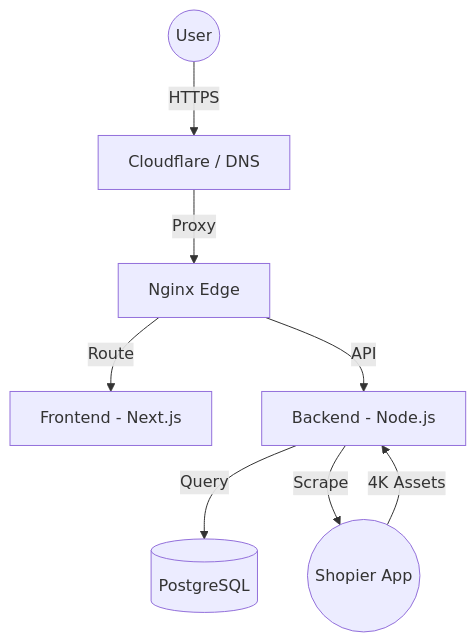
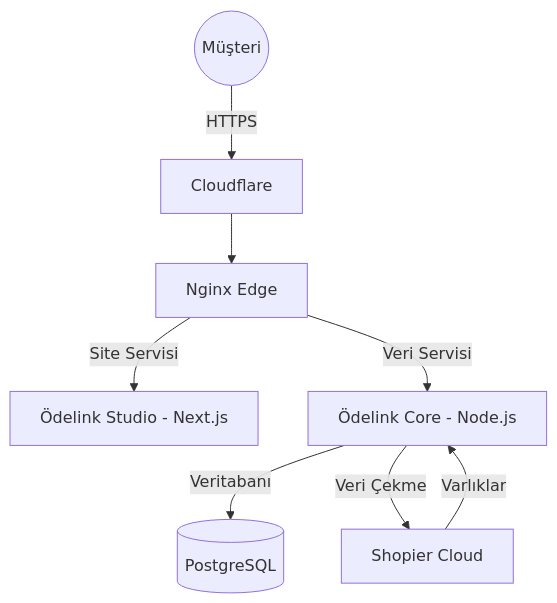
Before and after one commit to odelinkshop/odelink-shop: the diagram in README.md, drawn with Mermaid. The commit also changed other lines of this file and 4 other files, not shown here.

````diff
--- a/README.md
+++ b/README.md
@@ -46,10 +42,10 @@
 ```mermaid
 graph TD
-    User((User)) -->|HTTPS| CF[Cloudflare / DNS]
-    CF -->|Proxy| Nginx[Nginx Edge]
-    Nginx -->|Route| FE[Frontend - Next.js]
-    Nginx -->|API| BE[Backend - Node.js]
-    BE -->|Query| DB[(PostgreSQL)]
-    BE -->|Scrape| Shopier((Shopier App))
-    Shopier -->|4K Assets| BE
+    Client((Müşteri)) -->|HTTPS| CF[Cloudflare]
+    CF --> Proxy[Nginx Edge]
+    Proxy -->|Site Servisi| FE[Ödelink Studio - Next.js]
+    Proxy -->|Veri Servisi| BE[Ödelink Core - Node.js]
+    BE -->|Veritabanı| DB[(PostgreSQL)]
+    BE -->|Veri Çekme| SA[Shopier Cloud]
+    SA -->|Varlıklar| BE
 ```
````
